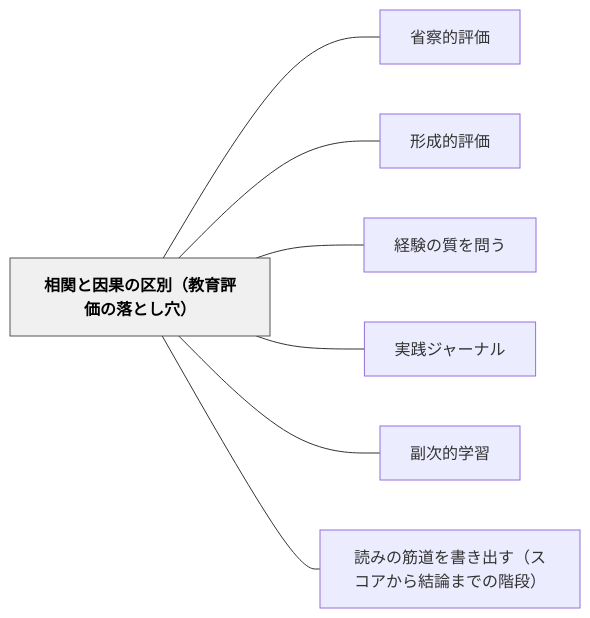
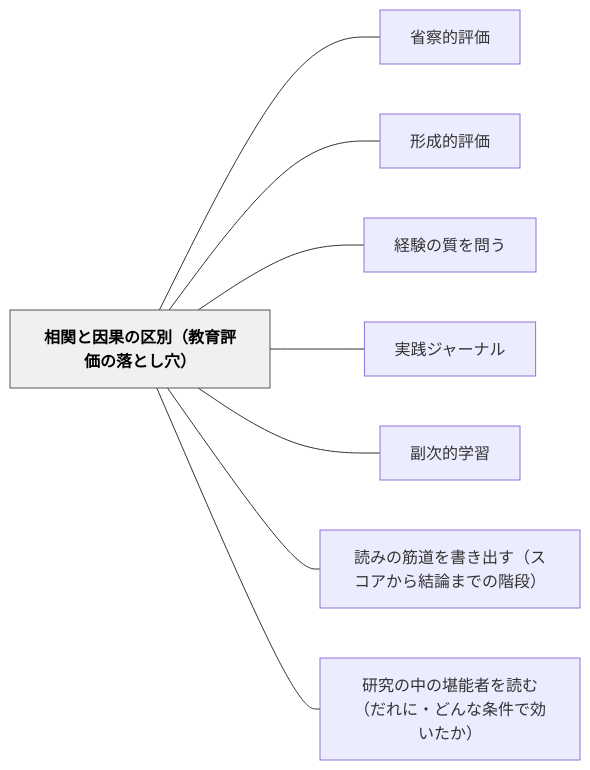
One commit to unknownthings-ed-patterns/unknownthings-ed-patterns changed the diagram in content/パタン/相関と因果の区別（教育評価の落とし穴）.md. Above: the diagram before and after it, drawn with Mermaid. The commit also changed other lines of this file and 67 other files, not shown here.

````diff
--- a/content/パタン/相関と因果の区別（教育評価の落とし穴）.md
+++ b/content/パタン/相関と因果の区別（教育評価の落とし穴）.md
@@ -209,20 +210,22 @@
 ```mermaid
 flowchart LR
     ne79bb8e996a2e381a8e59ba0e69e9ce381aee58cbae588a5efbc88e69599e882b2e8a995e4bea1e381aee890bde381a8e38197e7a9b4efbc89["相関と因果の区別（教育評価の落とし穴）"]
     ne79c81e5af9fe79a84e8a995e4bea1["省察的評価"]
     ne5bda2e68890e79a84e8a995e4bea1["形成的評価"]
     ne7b58ce9a893e381aee8b3aae38292e5958fe38186["経験の質を問う"]
     ne5ae9fe8b7b5e382b8e383a3e383bce3838ae383ab["実践ジャーナル"]
     ne589afe6aca1e79a84e5ada6e7bf92["副次的学習"]
     ne8aaade381bfe381aee7ad8be98193e38292e69bb8e3818de587bae38199efbc88e382b9e382b3e382a2e3818be38289e7b590e8ab96e381bee381a7e381aee99a8ee6aeb5efbc89["読みの筋道を書き出す（スコアから結論までの階段）"]
+    ne7a094e7a9b6e381aee4b8ade381aee5a0aae883bde88085e38292e8aaade38280efbc88e381a0e3828ce381abe383bbe381a9e38293e381aae69da1e4bbb6e381a7e58ab9e38184e3819fe3818befbc89["研究の中の堪能者を読む（だれに・どんな条件で効いたか）"]
 
     ne79bb8e996a2e381a8e59ba0e69e9ce381aee58cbae588a5efbc88e69599e882b2e8a995e4bea1e381aee890bde381a8e38197e7a9b4efbc89 --- ne79c81e5af9fe79a84e8a995e4bea1
     ne79bb8e996a2e381a8e59ba0e69e9ce381aee58cbae588a5efbc88e69599e882b2e8a995e4bea1e381aee890bde381a8e38197e7a9b4efbc89 --- ne5bda2e68890e79a84e8a995e4bea1
     ne79bb8e996a2e381a8e59ba0e69e9ce381aee58cbae588a5efbc88e69599e882b2e8a995e4bea1e381aee890bde381a8e38197e7a9b4efbc89 --- ne7b58ce9a893e381aee8b3aae38292e5958fe38186
     ne79bb8e996a2e381a8e59ba0e69e9ce381aee58cbae588a5efbc88e69599e882b2e8a995e4bea1e381aee890bde381a8e38197e7a9b4efbc89 --- ne5ae9fe8b7b5e382b8e383a3e383bce3838ae383ab
     ne79bb8e996a2e381a8e59ba0e69e9ce381aee58cbae588a5efbc88e69599e882b2e8a995e4bea1e381aee890bde381a8e38197e7a9b4efbc89 --- ne589afe6aca1e79a84e5ada6e7bf92
     ne79bb8e996a2e381a8e59ba0e69e9ce381aee58cbae588a5efbc88e69599e882b2e8a995e4bea1e381aee890bde381a8e38197e7a9b4efbc89 --- ne8aaade381bfe381aee7ad8be98193e38292e69bb8e3818de587bae38199efbc88e382b9e382b3e382a2e3818be38289e7b590e8ab96e381bee381a7e381aee99a8ee6aeb5efbc89
+    ne79bb8e996a2e381a8e59ba0e69e9ce381aee58cbae588a5efbc88e69599e882b2e8a995e4bea1e381aee890bde381a8e38197e7a9b4efbc89 --- ne7a094e7a9b6e381aee4b8ade381aee5a0aae883bde88085e38292e8aaade38280efbc88e381a0e3828ce381abe383bbe381a9e38293e381aae69da1e4bbb6e381a7e58ab9e38184e3819fe3818befbc89
 
     classDef hub fill:#f0f0f0,stroke:#555,color:#000,font-weight:bold
     class ne79bb8e996a2e381a8e59ba0e69e9ce381aee58cbae588a5efbc88e69599e882b2e8a995e4bea1e381aee890bde381a8e38197e7a9b4efbc89 hub
 ```
````
